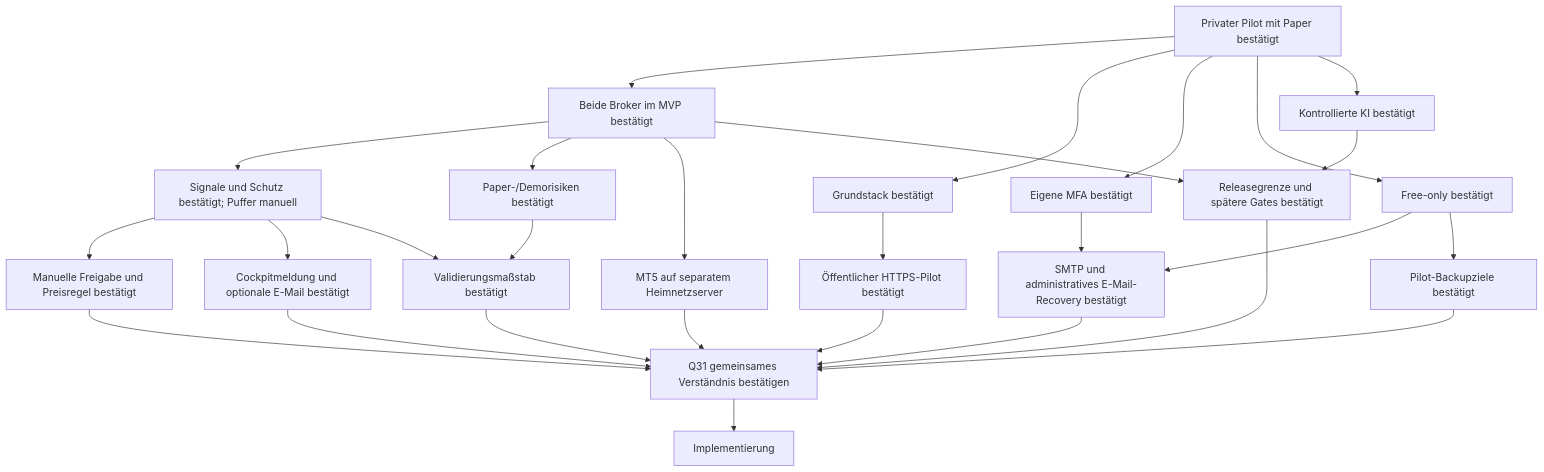
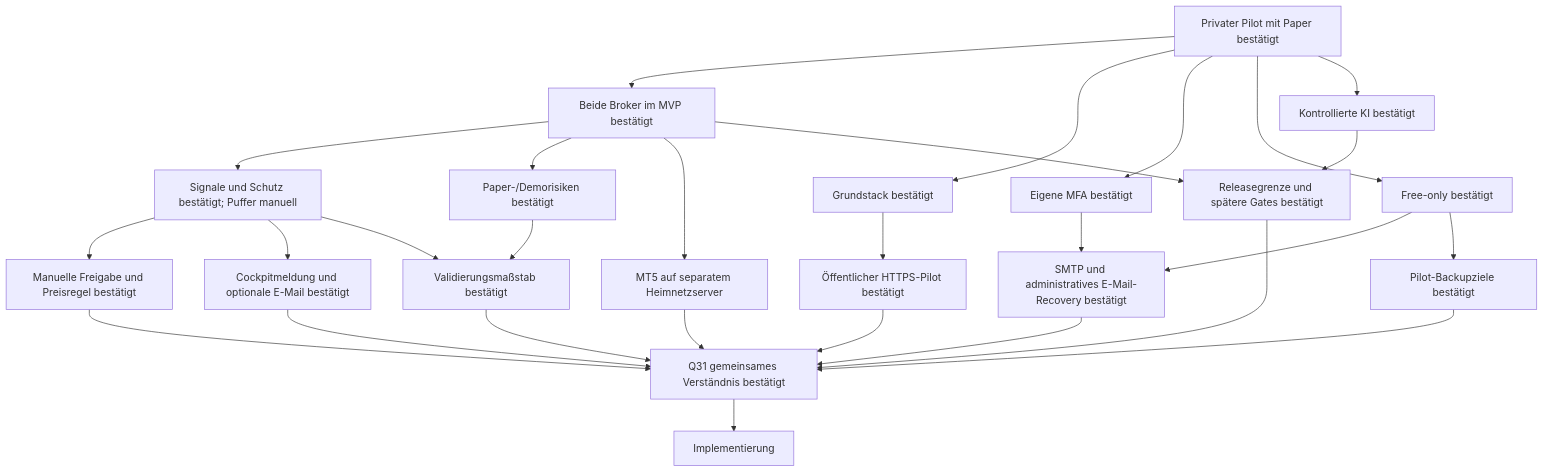
The diagram in docs/interview.md (cadm-balzer/Investalo_Trading-Platform), drawn with Mermaid before and after one commit. The commit also changed other lines of this file and 102 other files, not shown here.

````diff
--- a/docs/interview.md
+++ b/docs/interview.md
@@ -124,30 +124,30 @@
 ```mermaid
 flowchart TD
   ROOT[Privater Pilot mit Paper bestätigt] --> MARKET[Beide Broker im MVP bestätigt]
   ROOT --> STACK[Grundstack bestätigt]
   ROOT --> LOGIN[Eigene MFA bestätigt]
   ROOT --> COST[Free-only bestätigt]
   ROOT --> AI[Kontrollierte KI bestätigt]
   MARKET --> RULES[Signale und Schutz bestätigt; Puffer manuell]
   RULES --> MANUAL[Manuelle Freigabe und Preisregel bestätigt]
   RULES --> ALERT[Cockpitmeldung und optionale E-Mail bestätigt]
   MARKET --> ACCOUNT[Paper-/Demorisiken bestätigt]
   RULES --> VALID[Validierungsmaßstab bestätigt]
   ACCOUNT --> VALID
   STACK --> DEPLOY[Öffentlicher HTTPS-Pilot bestätigt]
   LOGIN --> PROVIDER[SMTP und administratives E-Mail-Recovery bestätigt]
   COST --> PROVIDER
   COST --> BACKUP[Pilot-Backupziele bestätigt]
   MARKET --> TERMINAL[MT5 auf separatem Heimnetzserver]
   AI --> SCOPE[Releasegrenze und spätere Gates bestätigt]
   MARKET --> SCOPE
-  VALID --> AGREEMENT[Q31 gemeinsames Verständnis bestätigen]
+  VALID --> AGREEMENT[Q31 gemeinsames Verständnis bestätigt]
   DEPLOY --> AGREEMENT
   PROVIDER --> AGREEMENT
   BACKUP --> AGREEMENT
   TERMINAL --> AGREEMENT
   SCOPE --> AGREEMENT
   MANUAL --> AGREEMENT
   ALERT --> AGREEMENT
   AGREEMENT --> BUILD[Implementierung]
 ```
````
